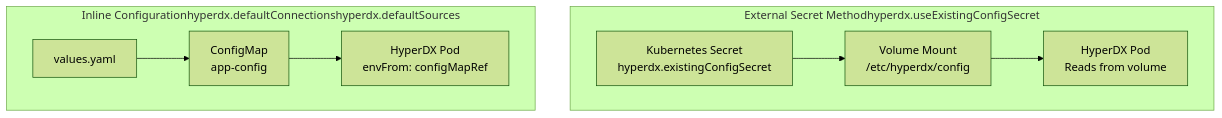
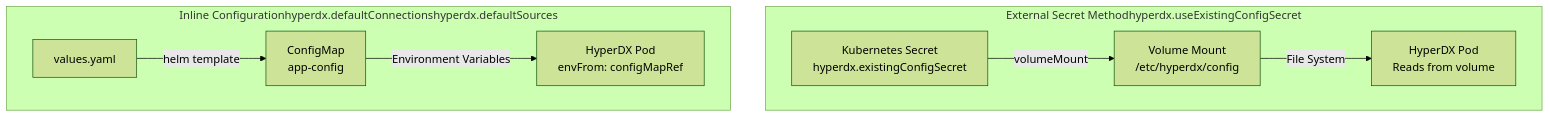
One commit to openchoreo/openchoreo changed the sixth of 6 diagrams in docs/hyperdxio-helm-charts-docs/Deployment-Scenarios.md. Above: the diagram before and after it, drawn with Mermaid (forest theme). The commit also changed other lines of this file and 85 other files, not shown here.

Commit message:
feat: Add new workflow and specification templates, update Helm chart dependencies, and clarify documentation diagrams.

````diff
--- a/docs/hyperdxio-helm-charts-docs/Deployment-Scenarios.md
+++ b/docs/hyperdxio-helm-charts-docs/Deployment-Scenarios.md
@@ -553,26 +553,26 @@
 ```mermaid
 flowchart TD
 
 K8sSecret["Kubernetes Secret<br>hyperdx.existingConfigSecret"]
 SecretVolume["Volume Mount<br>/etc/hyperdx/config"]
 SecretPod["HyperDX Pod<br>Reads from volume"]
 InlineValues["values.yaml"]
 InlineConfigMap["ConfigMap<br>app-config"]
 InlinePod["HyperDX Pod<br>envFrom: configMapRef"]
 
 subgraph SecretMethod ["External Secret Methodhyperdx.useExistingConfigSecret"]
     K8sSecret
     SecretVolume
     SecretPod
-    K8sSecret --> SecretVolume
-    SecretVolume --> SecretPod
+    K8sSecret -->|"volumeMount"| SecretVolume
+    SecretVolume -->|"File System"| SecretPod
 end
 
 subgraph InlineMethod ["Inline Configurationhyperdx.defaultConnectionshyperdx.defaultSources"]
     InlineValues
     InlineConfigMap
     InlinePod
-    InlineValues --> InlineConfigMap
-    InlineConfigMap --> InlinePod
+    InlineValues -->|"helm template"| InlineConfigMap
+    InlineConfigMap -->|"Environment Variables"| InlinePod
 end
 ```
````
